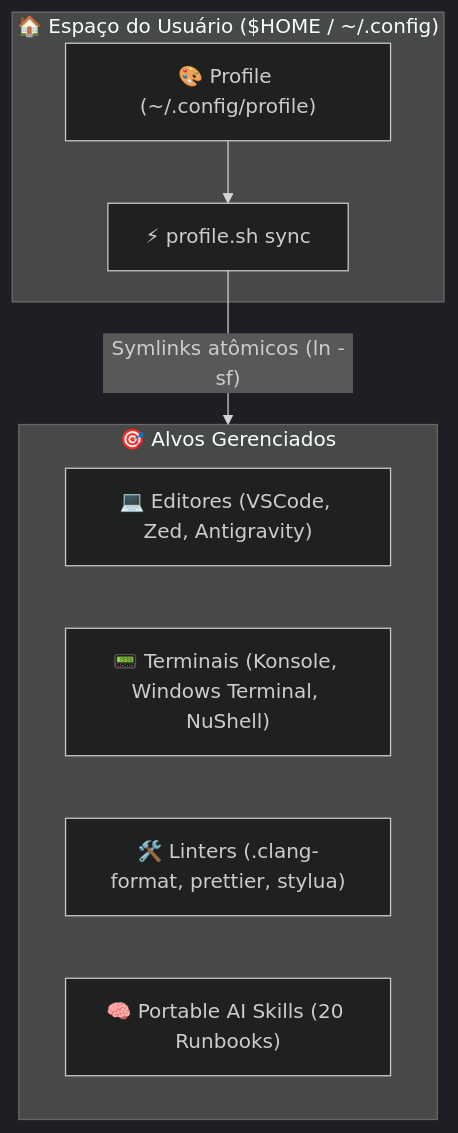
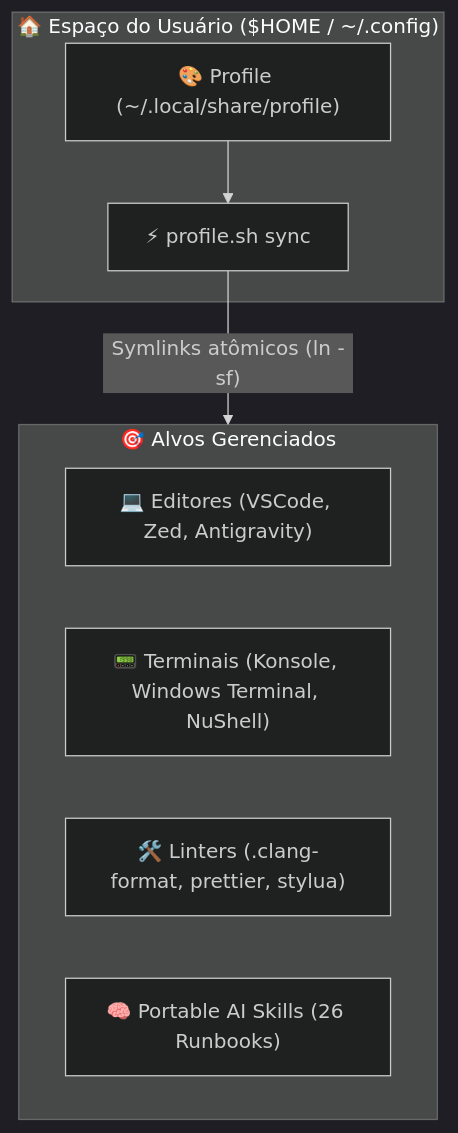
Before and after one commit to GabrielFrigo4/profile: the diagram in README.md, drawn with Mermaid (dark theme). The commit also changed other lines of this file, not shown here.

````diff
--- a/README.md
+++ b/README.md
@@ -34,17 +39,17 @@
 ```mermaid
 flowchart TD
     subgraph HOME ["🏠 Espaço do Usuário ($HOME / ~/.config)"]
-        PR_REPO["🎨 Profile (~/.config/profile)"]
+        PR_REPO["🎨 Profile (~/.local/share/profile)"]
         SYNC["⚡ profile.sh sync"]
     end
 
     subgraph TARGETS ["🎯 Alvos Gerenciados"]
         ED["💻 Editores (VSCode, Zed, Antigravity)"]
         TR["📟 Terminais (Konsole, Windows Terminal, NuShell)"]
         TL["🛠️ Linters (.clang-format, prettier, stylua)"]
-        SK["🧠 Portable AI Skills (20 Runbooks)"]
+        SK["🧠 Portable AI Skills (26 Runbooks)"]
     end
 
     PR_REPO --> SYNC
     SYNC -->|"Symlinks atômicos (ln -sf)"| TARGETS
 ```
````
